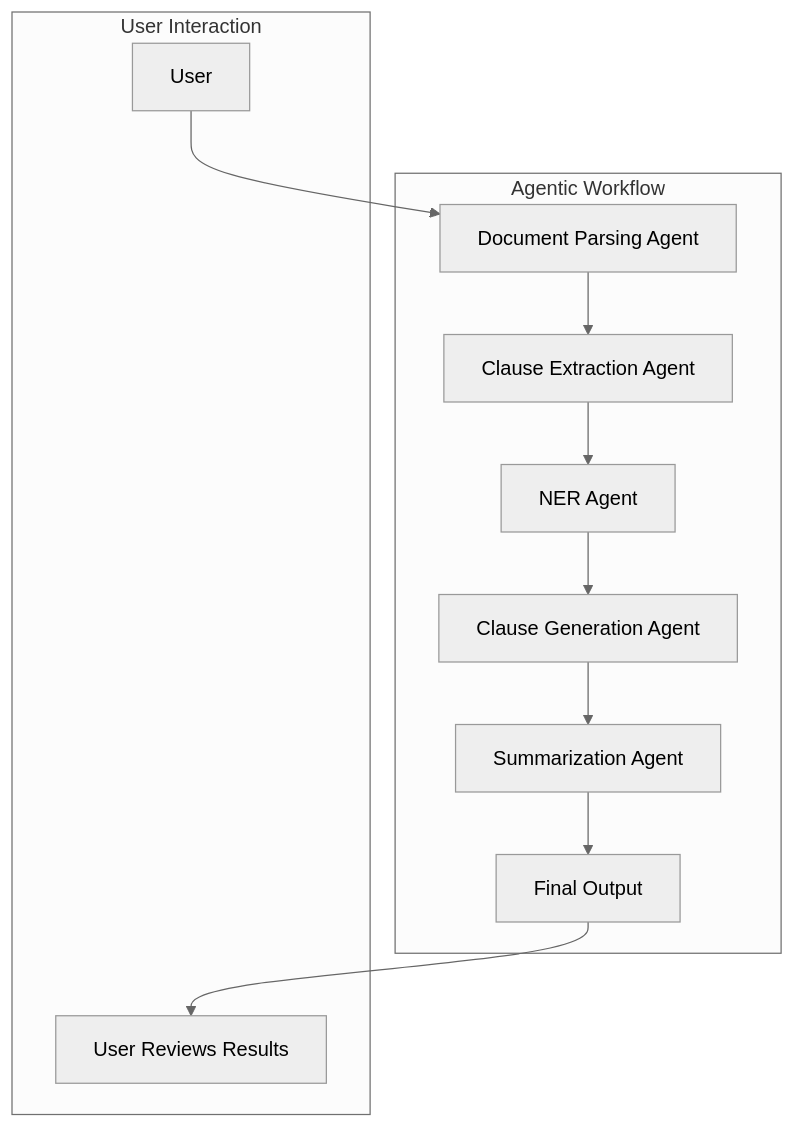
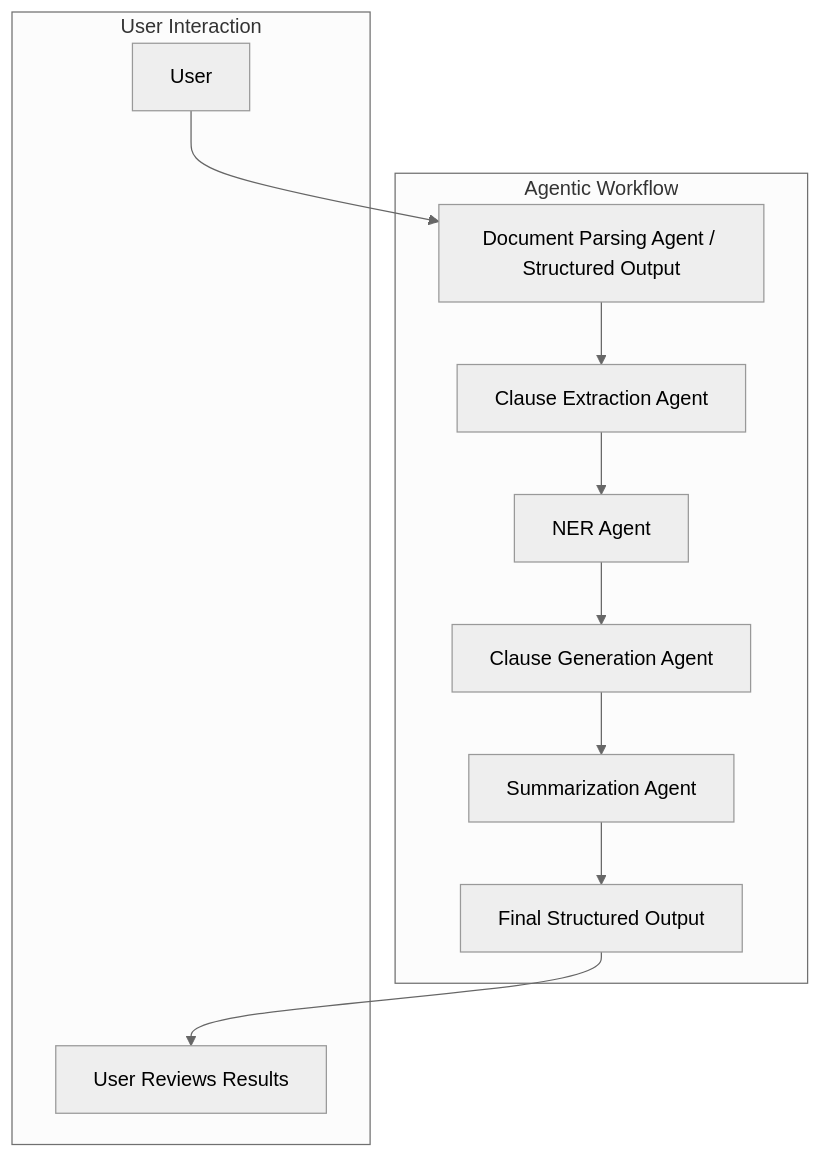
One commit to jin0x/deepseek-contract-lifecycle-management changed the first of 2 diagrams in Hackathon_Team_Guide.md. Above: the diagram before and after it, drawn with Mermaid (neutral theme).

Commit message:
chore: update workflow diagrams

````diff
--- a/Hackathon_Team_Guide.md
+++ b/Hackathon_Team_Guide.md
@@ -145,15 +145,15 @@
 ```mermaid
 graph TD
     subgraph Agentic Workflow
-        A[Document Parsing Agent] --> B[Clause Extraction Agent]
+        A[Document Parsing Agent / Structured Output] --> B[Clause Extraction Agent]
         B --> C[NER Agent]
         C --> D[Clause Generation Agent]
         D --> E[Summarization Agent]
-        E --> F[Final Output]
+        E --> F[Final Structured Output]
     end
 
     subgraph User Interaction
         User --> A
         F --> UserOutput[User Reviews Results]
     end
 ```
````
